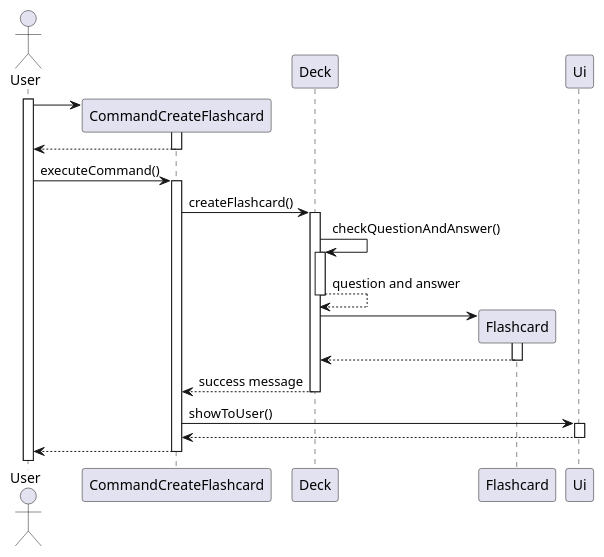
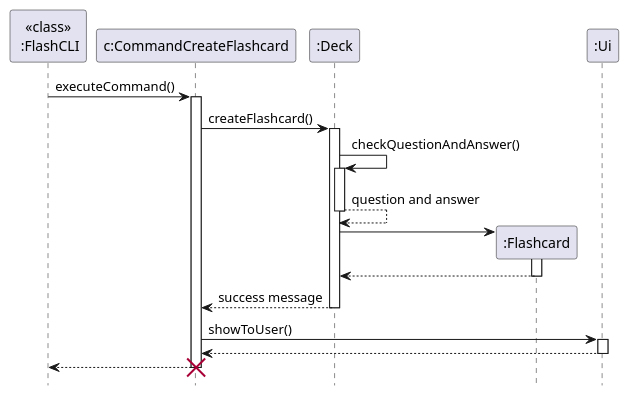
One commit to felfelyuen/tp changed the diagram in docs/diagrams/CreateFlashcardSequenceDiagram.puml. Above: the diagram before and after it, drawn with PlantUML. The commit also changed 1 other file, not shown here.

Commit message:
Update developer's guide sequence diagrams

```diff
--- a/docs/diagrams/CreateFlashcardSequenceDiagram.puml
+++ b/docs/diagrams/CreateFlashcardSequenceDiagram.puml
@@ -1,44 +1,37 @@
 @startuml
 
-actor User
-participant CommandCreateFlashcard
-participant Deck
-participant Flashcard
-participant Ui
+hide footbox
+participant "<<class>>\n :FlashCLI" as FlashCLI
+participant "c:CommandCreateFlashcard" as CommandCreateFlashcard
+participant ":Deck" as Deck
+participant ":Flashcard" as Flashcard
+participant ":Ui" as Ui
 
-activate User
-create CommandCreateFlashcard
-User -> CommandCreateFlashcard
-activate CommandCreateFlashcard
-
-CommandCreateFlashcard --> User
-deactivate CommandCreateFlashcard
-
-
-User -> CommandCreateFlashcard: executeCommand()
+FlashCLI -> CommandCreateFlashcard: executeCommand()
 activate CommandCreateFlashcard
 CommandCreateFlashcard -> Deck: createFlashcard()
 
 activate Deck
 
 Deck -> Deck: checkQuestionAndAnswer()
 activate Deck
 
 Deck --> Deck: question and answer
 deactivate Deck
 
 create Flashcard
 Deck -> Flashcard
 activate Flashcard
 Flashcard-->Deck
 deactivate Flashcard
 Deck --> CommandCreateFlashcard: success message
 deactivate Deck
 CommandCreateFlashcard -> Ui: showToUser()
 activate Ui
 Ui --> CommandCreateFlashcard
 deactivate Ui
-CommandCreateFlashcard --> User
+CommandCreateFlashcard --> FlashCLI
 deactivate CommandCreateFlashcard
+destroy CommandCreateFlashcard
 
 @enduml
```
